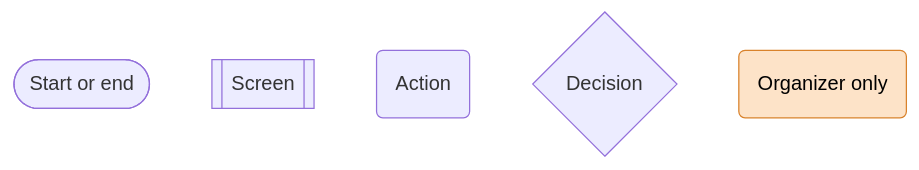
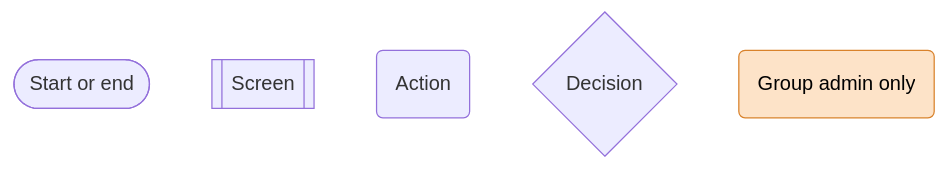
Before and after one commit to fekko-dev/musialize: the first of 6 diagrams in docs/product/journeys.md, drawn with Mermaid. The commit also changed other lines of this file and 8 other files, not shown here.

First line of the commit message:
docs: rename Organizer to Group admin and Admin to Super admin

````diff
--- a/docs/product/journeys.md
+++ b/docs/product/journeys.md
@@ -7,6 +7,6 @@
 ```mermaid
 flowchart LR
-    s([Start or end]) ~~~ p[[Screen]] ~~~ a(Action) ~~~ d{Decision} ~~~ o("Organizer only"):::org
+    s([Start or end]) ~~~ p[[Screen]] ~~~ a(Action) ~~~ d{Decision} ~~~ o("Group admin only"):::org
 
     classDef org fill:#fde3c8,stroke:#d9822b,color:#000
 ```
````
